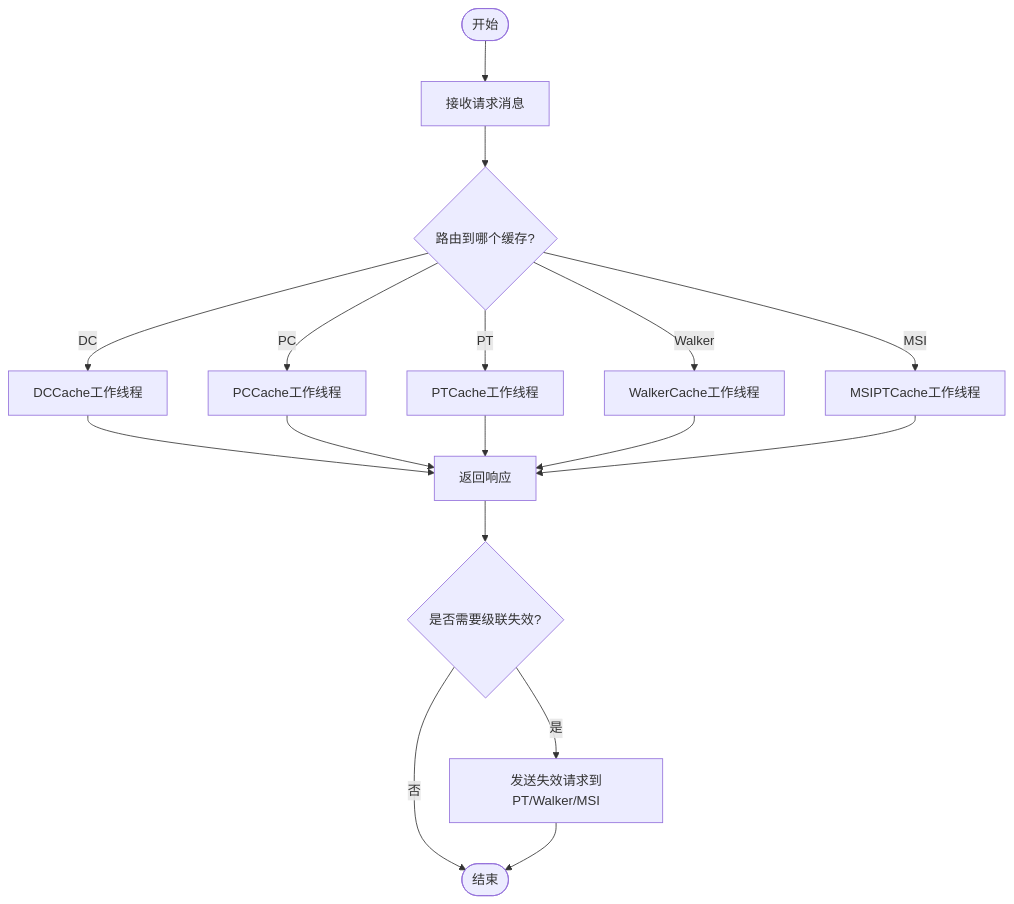
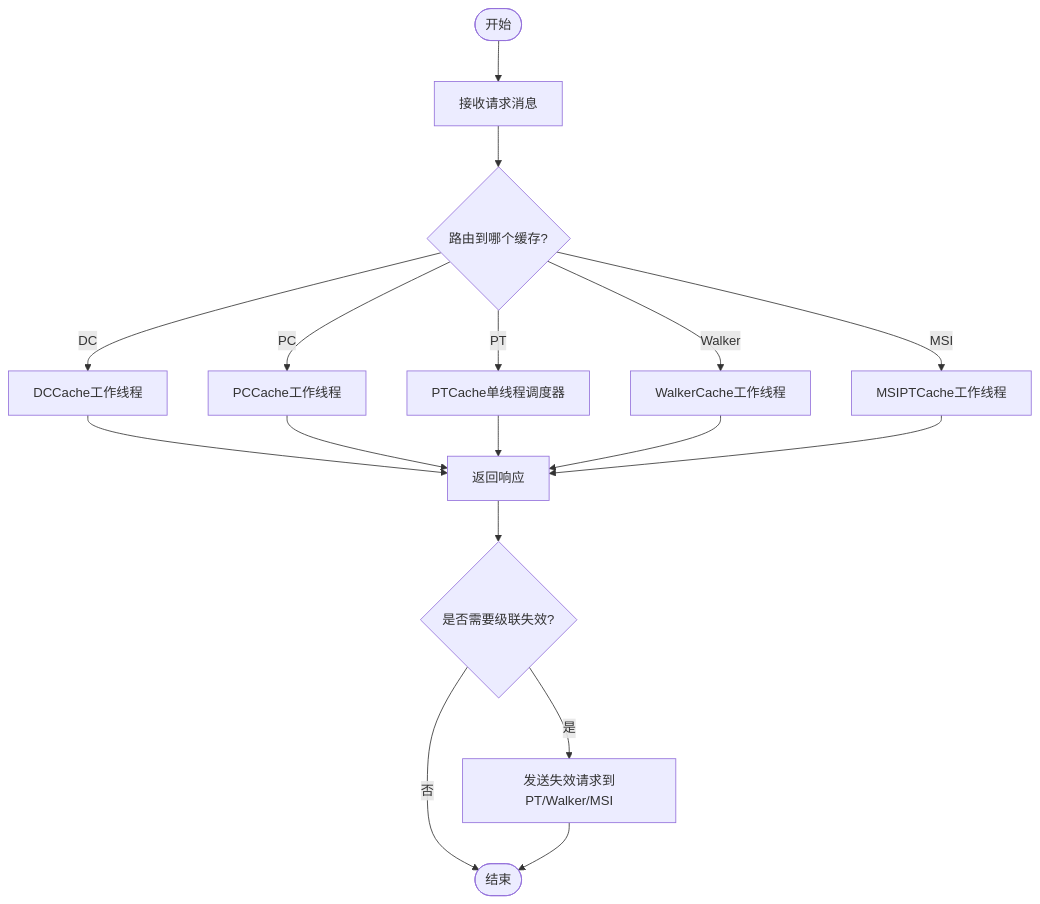
One commit to jiangjiang1122/iommu_model_20260401_v1 changed the tenth of 11 diagrams in .qoder/repowiki/zh/content/缓存系统架构/缓存系统架构.md. Above: the diagram before and after it, drawn with Mermaid. The commit also changed other lines of this file and 25 other files, not shown here.

````diff
--- a/.qoder/repowiki/zh/content/缓存系统架构/缓存系统架构.md
+++ b/.qoder/repowiki/zh/content/缓存系统架构/缓存系统架构.md
@@ -434,19 +492,19 @@
 ```mermaid
 flowchart TD
 Start(["开始"]) --> Req["接收请求消息"]
 Req --> Route{"路由到哪个缓存?"}
 Route --> |DC| DCW["DCCache工作线程"]
 Route --> |PC| PCW["PCCache工作线程"]
-Route --> |PT| PTW["PTCache工作线程"]
+Route --> |PT| PTW["PTCache单线程调度器"]
 Route --> |Walker| WW["WalkerCache工作线程"]
 Route --> |MSI| MSIW["MSIPTCache工作线程"]
 DCW --> Resp["返回响应"]
 PCW --> Resp
 PTW --> Resp
 WW --> Resp
 MSIW --> Resp
 Resp --> Cascade{"是否需要级联失效?"}
 Cascade --> |是| Inv["发送失效请求到PT/Walker/MSI"]
 Cascade --> |否| End(["结束"])
 Inv --> End
 ```
````
